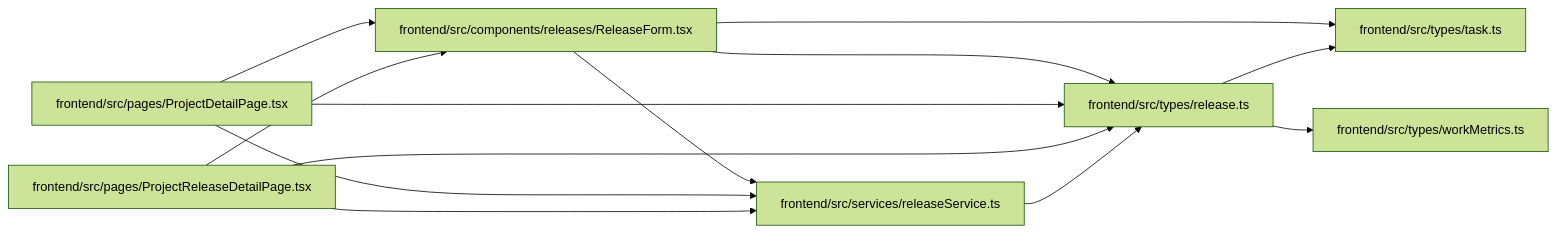
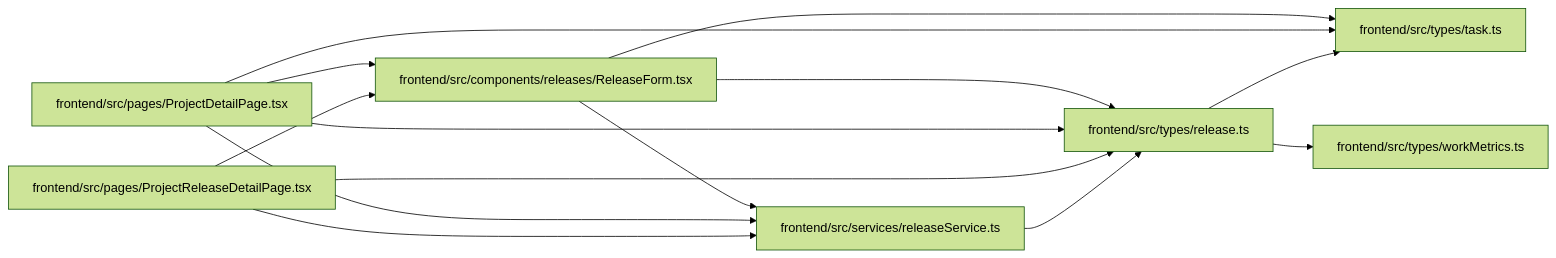
Before and after one commit to Denissvgn/WorkChord: the diagram in docs/llm_wiki/modules/types_release.md, drawn with Mermaid (forest theme). The commit also changed 268 other files, not shown here.

````diff
--- a/docs/llm_wiki/modules/types_release.md
+++ b/docs/llm_wiki/modules/types_release.md
@@ -27,29 +27,30 @@
 ```mermaid
 flowchart LR
     n0["frontend/src/components/releases/ReleaseForm.tsx"]
     n1["frontend/src/pages/ProjectDetailPage.tsx"]
     n2["frontend/src/pages/ProjectReleaseDetailPage.tsx"]
     n3["frontend/src/services/releaseService.ts"]
     n4["frontend/src/types/release.ts"]
     n5["frontend/src/types/task.ts"]
     n6["frontend/src/types/workMetrics.ts"]
     n0 --> n3
     n0 --> n4
     n0 --> n5
     n1 --> n0
     n1 --> n3
     n1 --> n4
+    n1 --> n5
     n2 --> n0
     n2 --> n3
     n2 --> n4
     n3 --> n4
     n4 --> n5
     n4 --> n6
     click n0 "../modules/ReleaseForm.md"
     click n1 "../modules/ProjectDetailPage.md"
     click n2 "../modules/ProjectReleaseDetailPage.md"
     click n3 "../modules/releaseService.md"
     click n4 "../modules/types_release.md"
     click n5 "../modules/types_task.md"
     click n6 "../modules/workMetrics.md"
 ```
````
